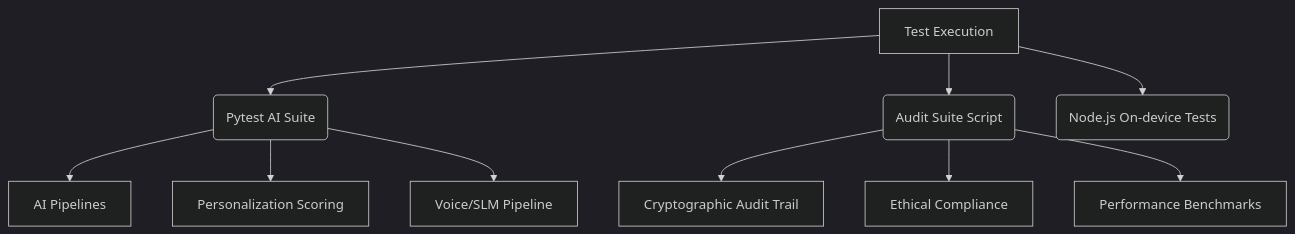
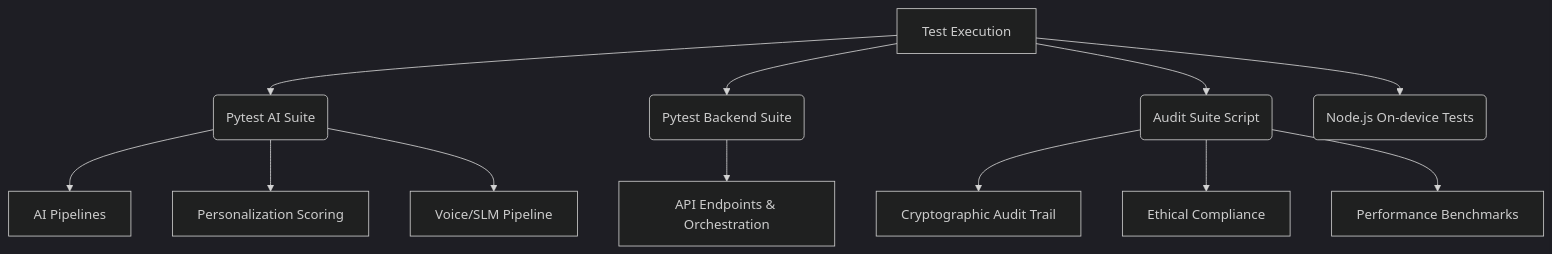
Before and after one commit to Neutron-0/ABC-Bank: the first of 2 diagrams in docs/testing/overview.md, drawn with Mermaid (dark theme). The commit also changed other lines of this file and 33 other files, not shown here.

````diff
--- a/docs/testing/overview.md
+++ b/docs/testing/overview.md
@@ -32,12 +41,14 @@
 ```mermaid
 flowchart TD
     A[Test Execution] --> B(Pytest AI Suite)
+    A --> K(Pytest Backend Suite)
     A --> C(Audit Suite Script)
     A --> D(Node.js On-device Tests)
     B --> E[AI Pipelines]
     B --> F[Personalization Scoring]
     B --> G[Voice/SLM Pipeline]
+    K --> L[API Endpoints & Orchestration]
     C --> H[Cryptographic Audit Trail]
     C --> I[Ethical Compliance]
     C --> J[Performance Benchmarks]
 ```
````
